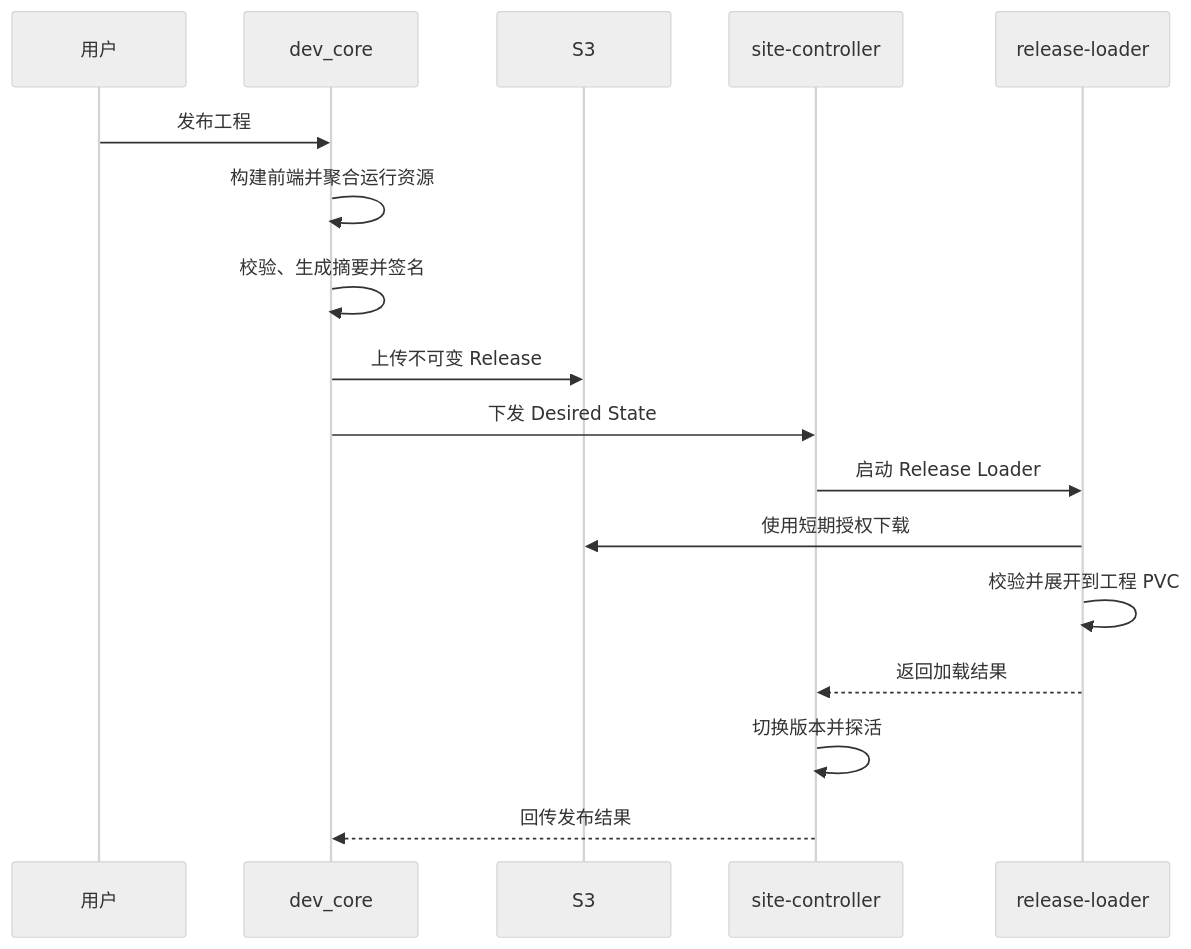
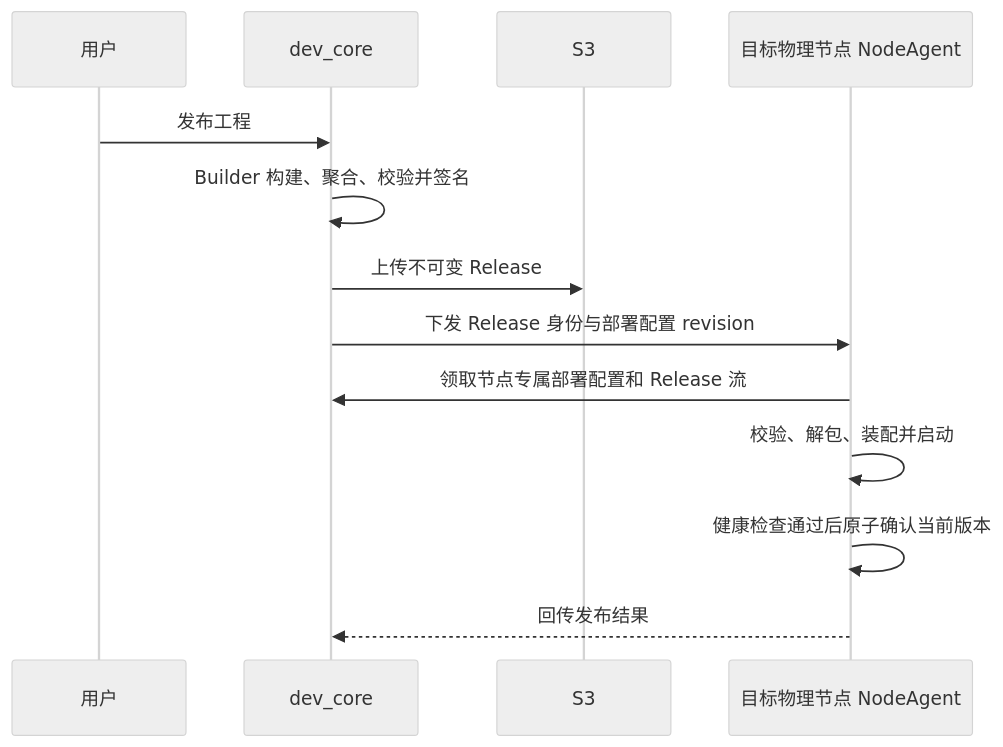
One commit to hsworld-top/InduForge changed the third of 3 diagrams in docs/02-系统设计/工程发布与资源分发架构.md. Above: the diagram before and after it, drawn with Mermaid (neutral theme). The commit also changed other lines of this file and 9 other files, not shown here.

````diff
--- a/docs/02-系统设计/工程发布与资源分发架构.md
+++ b/docs/02-系统设计/工程发布与资源分发架构.md
@@ -73,19 +114,15 @@
 ```mermaid
 sequenceDiagram
     participant U as 用户
     participant C as dev_core
     participant S as S3
-    participant A as site-controller
-    participant L as release-loader
+    participant A as 目标物理节点 NodeAgent
     U->>C: 发布工程
-    C->>C: 构建前端并聚合运行资源
-    C->>C: 校验、生成摘要并签名
+    C->>C: Builder 构建、聚合、校验并签名
     C->>S: 上传不可变 Release
-    C->>A: 下发 Desired State
-    A->>L: 启动 Release Loader
-    L->>S: 使用短期授权下载
-    L->>L: 校验并展开到工程 PVC
-    L-->>A: 返回加载结果
-    A->>A: 切换版本并探活
+    C->>A: 下发 Release 身份与部署配置 revision
+    A->>C: 领取节点专属部署配置和 Release 流
+    A->>A: 校验、解包、装配并启动
+    A->>A: 健康检查通过后原子确认当前版本
     A-->>C: 回传发布结果
 ```
````
